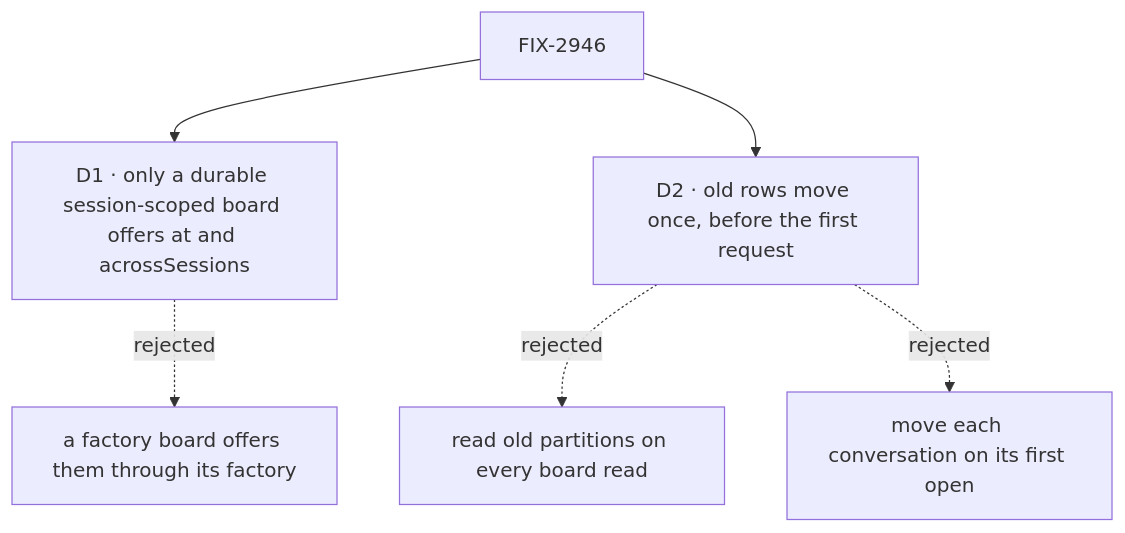
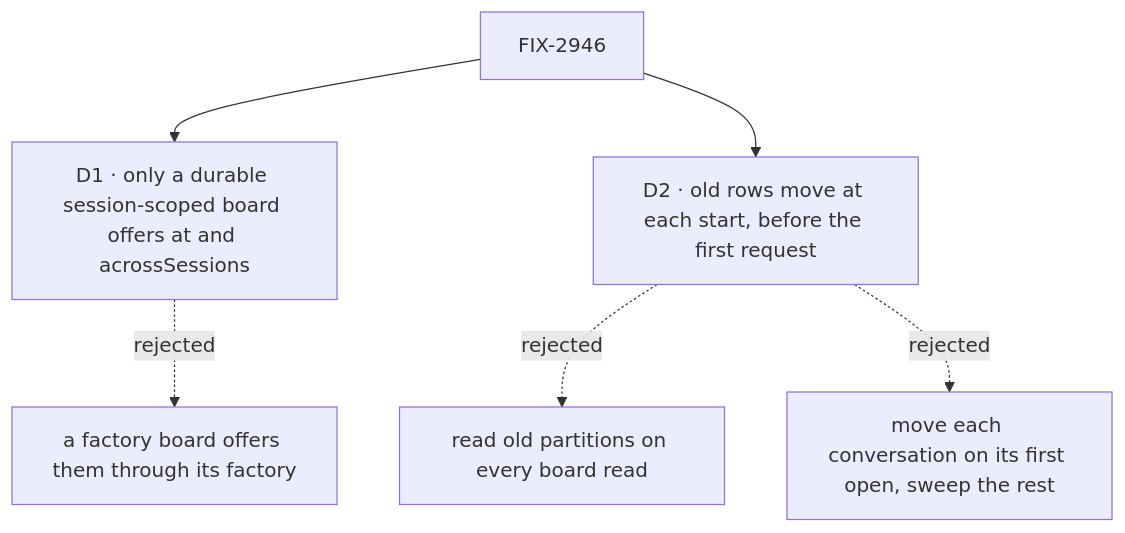
Before and after one commit to fixpoint-labs/flow-state-dev: the diagram in specs/issues/FIX-2946/DECISIONS.md, drawn with Mermaid. The commit also changed other lines of this file and 15 other files, not shown here.

````diff
--- a/specs/issues/FIX-2946/DECISIONS.md
+++ b/specs/issues/FIX-2946/DECISIONS.md
@@ -11,8 +11,8 @@
 ```mermaid
 flowchart TD
   I["FIX-2946"] --> D1["D1 · only a durable session-scoped board offers at and acrossSessions"]
   D1 -.->|"rejected"| X1["a factory board offers them through its factory"]
-  I --> D2["D2 · old rows move once, before the first request"]
+  I --> D2["D2 · old rows move at each start, before the first request"]
   D2 -.->|"rejected"| X2["read old partitions on every board read"]
-  D2 -.->|"rejected"| X3["move each conversation on its first open"]
+  D2 -.->|"rejected"| X3["move each conversation on its first open, sweep the rest"]
 ```
````
